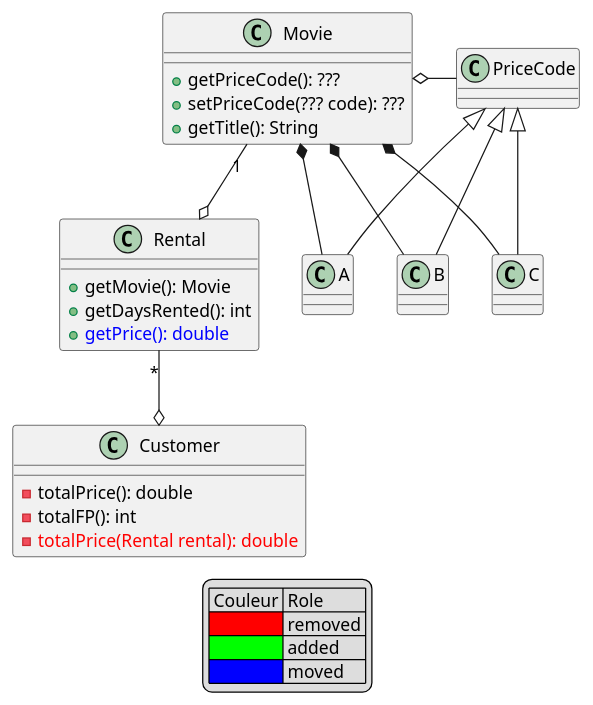
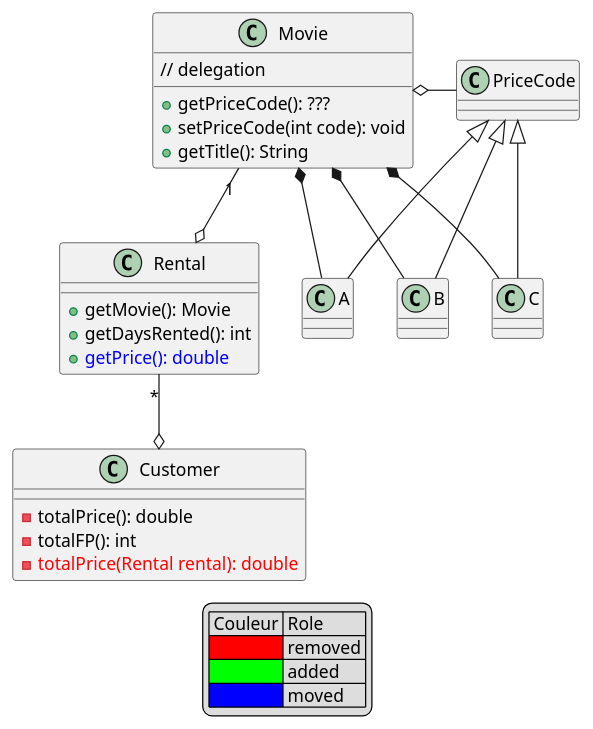
Before and after one commit to felttl/GL_SoftwareArchitecture: the diagram in TPs/TP1_refactoring/refactored/correction1cls.puml, drawn with PlantUML. The commit also changed 10 other files, not shown here.

```diff
--- a/TPs/TP1_refactoring/refactored/correction1cls.puml
+++ b/TPs/TP1_refactoring/refactored/correction1cls.puml
@@ -1,43 +1,45 @@
 @startuml
 
 
 class Rental{
     + getMovie(): Movie
     + getDaysRented(): int
     + <color:blue>getPrice(): double</color>
 }
 class Customer{
     - totalPrice(): double
     - totalFP(): int
     - <color:red>totalPrice(Rental rental): double</color>
     
 }
 class Movie{
     + getPriceCode(): ???
-    + setPriceCode(??? code): ???
+    + setPriceCode(int code): void
+    // delegation 
+    
     + getTitle(): String
 }
 class PriceCode{
     
 }
 class A extends PriceCode {}
 class B extends PriceCode {}
 class C extends PriceCode {}
 
 A --* Movie
 B --* Movie
 C --* Movie
 
 Movie o- PriceCode
 Rental "*" --o Customer
 Movie "1" --o Rental
 
 legend
 | Couleur | Role |
 |<#ff0000>| removed |
 |<#00ff00>| added |
 |<#0000ff>| moved |
 endlegend
 
 
 @enduml
```
